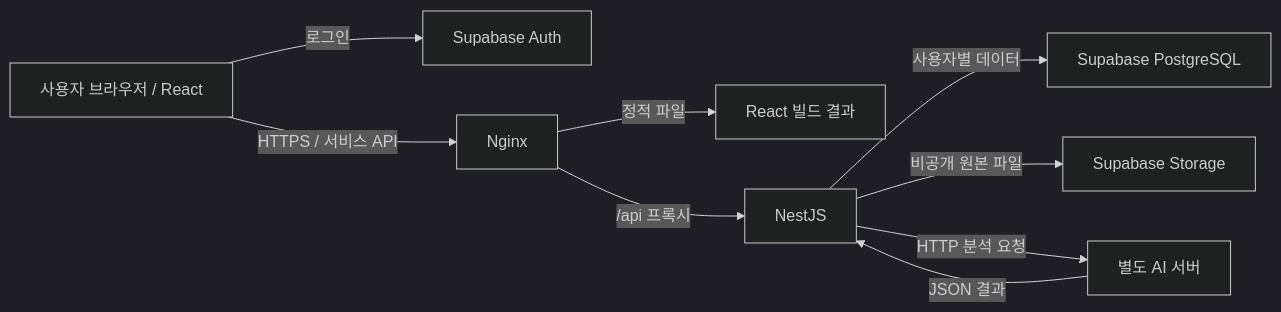
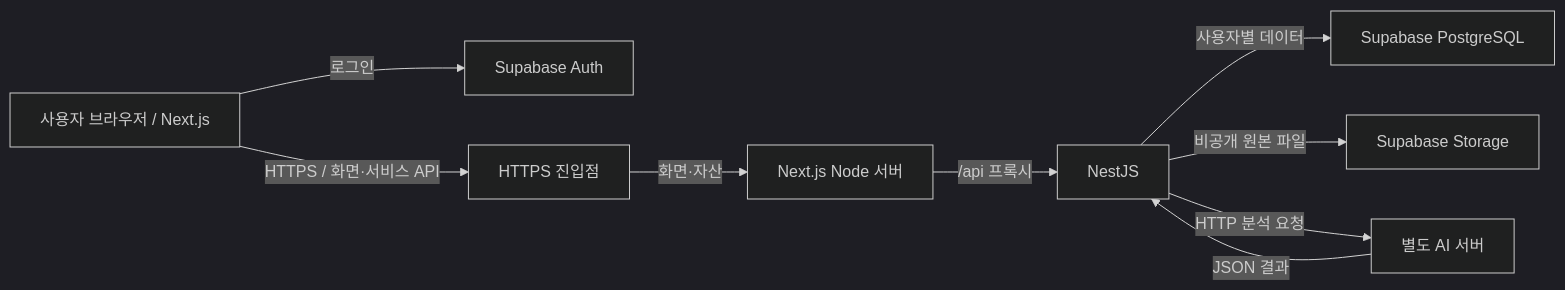
The first of 2 diagrams in README.md (davidpro08/Graduation-project), drawn with Mermaid (dark theme) before and after one commit. The commit also changed other lines of this file and 34 other files, not shown here.

````diff
--- a/README.md
+++ b/README.md
@@ -32,11 +32,11 @@
 ```mermaid
 flowchart LR
-    U[사용자 브라우저 / React] -->|로그인| AUTH[Supabase Auth]
-    U -->|HTTPS / 서비스 API| N[Nginx]
-    N -->|정적 파일| F[React 빌드 결과]
-    N -->|/api 프록시| B[NestJS]
+    U[사용자 브라우저 / Next.js] -->|로그인| AUTH[Supabase Auth]
+    U -->|HTTPS / 화면·서비스 API| N[HTTPS 진입점]
+    N -->|화면·자산| F[Next.js Node 서버]
+    F -->|/api 프록시| B[NestJS]
     B -->|사용자별 데이터| DB[Supabase PostgreSQL]
     B -->|비공개 원본 파일| S[Supabase Storage]
     B -->|HTTP 분석 요청| AI[별도 AI 서버]
     AI -->|JSON 결과| B
 ```
````
